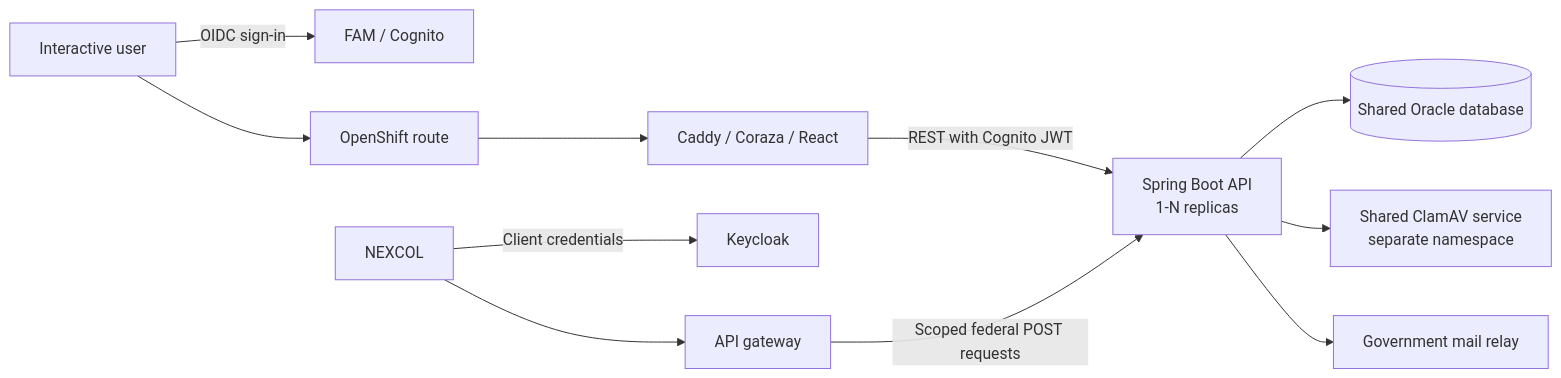
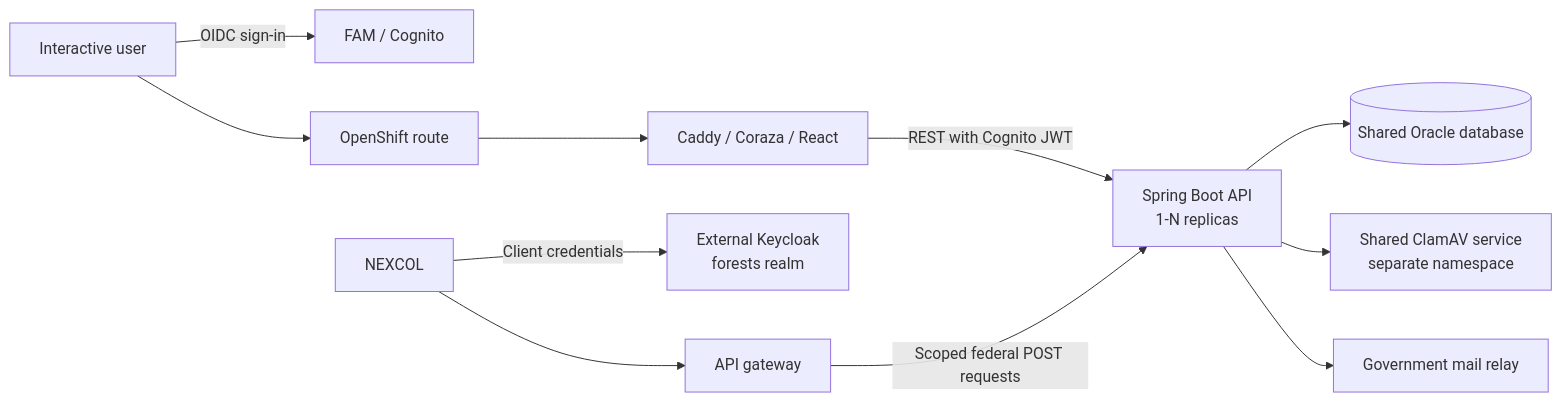
The first of 3 diagrams in docs/architecture.md (bcgov/nr-lexis), drawn with Mermaid before and after one commit. The commit also changed other lines of this file and 2 other files, not shown here.

Commit message:
chore: document nexcol ingress and staged legacy retirement (#230)

````diff
--- a/docs/architecture.md
+++ b/docs/architecture.md
@@ -9,15 +9,15 @@
 ```mermaid
 flowchart LR
     User["Interactive user"] -->|OIDC sign-in| Cognito["FAM / Cognito"]
     User --> Route["OpenShift route"]
     Route --> Frontend["Caddy / Coraza / React"]
     Frontend -->|REST with Cognito JWT| Backend["Spring Boot API<br/>1-N replicas"]
 
-    Nexcol[NEXCOL] -->|Client credentials| Keycloak[Keycloak]
+    Nexcol[NEXCOL] -->|Client credentials| Keycloak["External Keycloak<br/>forests realm"]
     Nexcol --> Gateway["API gateway"]
     Gateway -->|Scoped federal POST requests| Backend
 
     Backend --> Oracle[("Shared Oracle database")]
     Backend --> ClamAV["Shared ClamAV service<br/>separate namespace"]
     Backend --> Mail["Government mail relay"]
 ```
````
